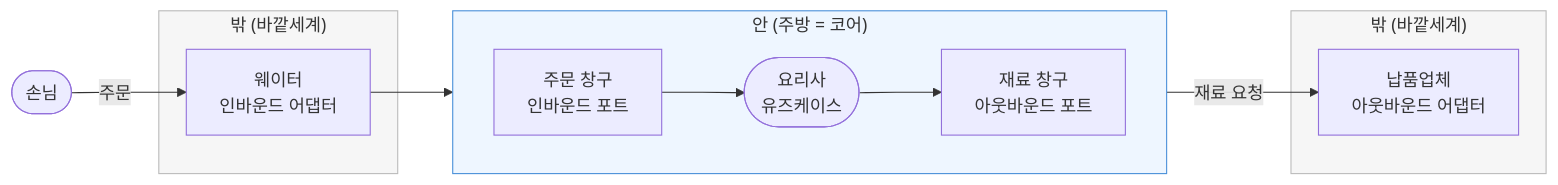
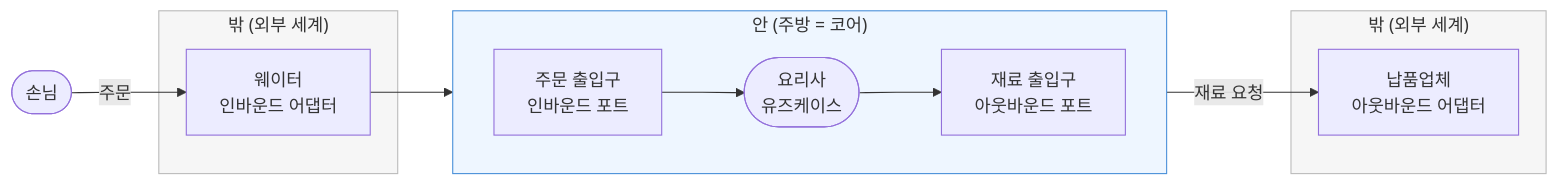
Before and after one commit to johnycho/johny-dev: the diagram in blog/2026-07-06-hexagonal-architecture.mdx, drawn with Mermaid. The commit also changed other lines of this file and 24 other files, not shown here.

````diff
--- a/blog/2026-07-06-hexagonal-architecture.mdx
+++ b/blog/2026-07-06-hexagonal-architecture.mdx
@@ -57,25 +57,25 @@
 ```mermaid
 flowchart LR
     손님(["손님"]) -->|주문| 웨이터
 
-    subgraph 밖L["밖 (바깥세계)"]
+    subgraph 밖L["밖 (외부 세계)"]
         웨이터["웨이터<br/>인바운드 어댑터"]
     end
 
     subgraph 안["안 (주방 = 코어)"]
         direction LR
-        인포트["주문 창구<br/>인바운드 포트"] --> 요리사(["요리사<br/>유즈케이스"])
-        요리사 --> 아웃포트["재료 창구<br/>아웃바운드 포트"]
+        인포트["주문 출입구<br/>인바운드 포트"] --> 요리사(["요리사<br/>유즈케이스"])
+        요리사 --> 아웃포트["재료 출입구<br/>아웃바운드 포트"]
     end
 
-    subgraph 밖R["밖 (바깥세계)"]
+    subgraph 밖R["밖 (외부 세계)"]
         납품업체["납품업체<br/>아웃바운드 어댑터"]
     end
 
     웨이터 --> 인포트
     아웃포트 -->|재료 요청| 납품업체
 
     style 안 fill:#eef6ff,stroke:#4a90d9
     style 밖L fill:#f6f6f6,stroke:#bbb
     style 밖R fill:#f6f6f6,stroke:#bbb
 ```
````
